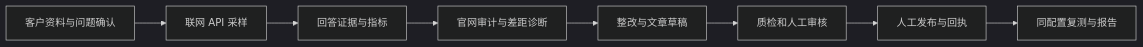
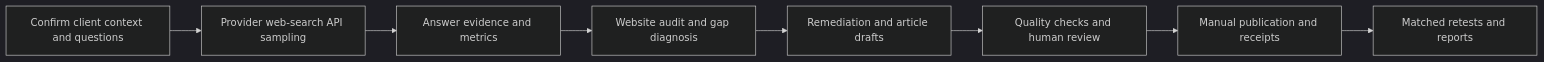
Before and after one commit to honestTai/geo-console: the diagram in README.md, drawn with Mermaid (dark theme). The commit also changed other lines of this file and 1 other file, not shown here.

Commit message:
docs: refresh English-first portfolio, Chinese navigation and public metrics [skip ci]

````diff
--- a/README.md
+++ b/README.md
@@ -33,10 +27,10 @@
 ```mermaid
 flowchart LR
-    A[客户资料与问题确认] --> B[联网 API 采样]
-    B --> C[回答证据与指标]
-    C --> D[官网审计与差距诊断]
-    D --> E[整改与文章草稿]
-    E --> F[质检和人工审核]
-    F --> G[人工发布与回执]
-    G --> H[同配置复测与报告]
+    A[Confirm client context and questions] --> B[Provider web-search API sampling]
+    B --> C[Answer evidence and metrics]
+    C --> D[Website audit and gap diagnosis]
+    D --> E[Remediation and article drafts]
+    E --> F[Quality checks and human review]
+    F --> G[Manual publication and receipts]
+    G --> H[Matched retests and reports]
 ```
````
